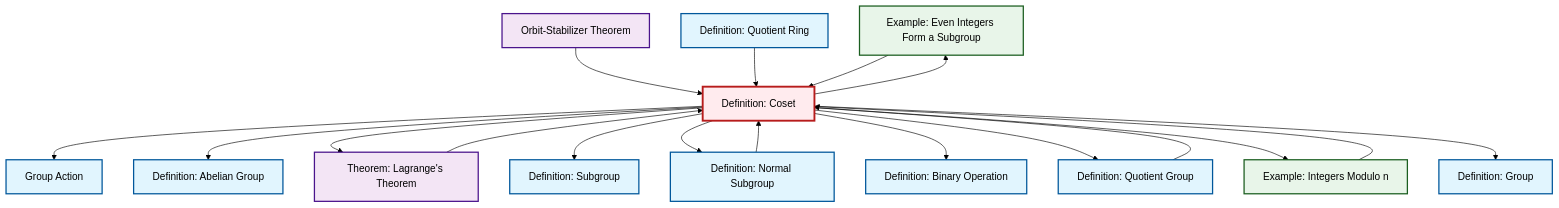
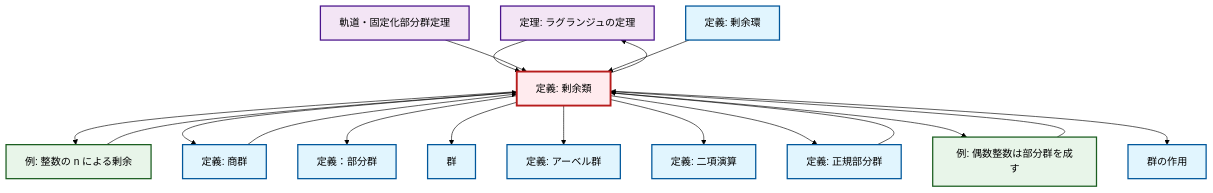
One commit to RK0429/ModernMath changed the diagram in content/ja/algebra/def-coset.qmd. Above: the diagram before and after it, drawn with Mermaid (forest theme). The commit also changed 1069 other files, not shown here.

````diff
--- a/content/ja/algebra/def-coset.qmd
+++ b/content/ja/algebra/def-coset.qmd
@@ -162,52 +162,52 @@
 ```{mermaid}
 %%| fig-cap: "Local dependency graph"
 graph TD
     classDef definition fill:#e1f5fe,stroke:#01579b,stroke-width:2px
     classDef theorem fill:#f3e5f5,stroke:#4a148c,stroke-width:2px
     classDef axiom fill:#fff3e0,stroke:#e65100,stroke-width:2px
     classDef example fill:#e8f5e9,stroke:#1b5e20,stroke-width:2px
     classDef current fill:#ffebee,stroke:#b71c1c,stroke-width:3px
-    ex-even-integers-subgroup["Example: Even Integers Form a Subgroup"]:::example
-    def-coset["Definition: Coset"]:::definition
-    def-quotient-ring["Definition: Quotient Ring"]:::definition
-    def-group["Definition: Group"]:::definition
-    thm-lagrange["Theorem: Lagrange's Theorem"]:::theorem
-    def-quotient-group["Definition: Quotient Group"]:::definition
-    def-subgroup["Definition: Subgroup"]:::definition
-    def-binary-operation["Definition: Binary Operation"]:::definition
-    thm-orbit-stabilizer["Orbit-Stabilizer Theorem"]:::theorem
-    def-normal-subgroup["Definition: Normal Subgroup"]:::definition
-    def-abelian-group["Definition: Abelian Group"]:::definition
-    def-group-action["Group Action"]:::definition
-    ex-quotient-integers-mod-n["Example: Integers Modulo n"]:::example
-    def-coset --> def-group-action
-    def-coset --> def-abelian-group
-    def-coset --> ex-even-integers-subgroup
-    def-coset --> thm-lagrange
-    def-coset --> def-subgroup
+    thm-lagrange["定理: ラグランジュの定理"]:::theorem
+    thm-orbit-stabilizer["軌道・固定化部分群定理"]:::theorem
+    def-normal-subgroup["定義: 正規部分群"]:::definition
+    def-binary-operation["定義: 二項演算"]:::definition
+    ex-even-integers-subgroup["例: 偶数整数は部分群を成す"]:::example
+    def-quotient-ring["定義: 剰余環"]:::definition
+    def-subgroup["定義：部分群"]:::definition
+    def-quotient-group["定義: 商群"]:::definition
+    def-abelian-group["定義: アーベル群"]:::definition
+    ex-quotient-integers-mod-n["例: 整数の n による剰余"]:::example
+    def-coset["定義: 剰余類"]:::definition
+    def-group-action["群の作用"]:::definition
+    def-group["群"]:::definition
+    def-coset --> ex-quotient-integers-mod-n
     thm-lagrange --> def-coset
     thm-orbit-stabilizer --> def-coset
+    def-coset --> def-quotient-group
+    ex-even-integers-subgroup --> def-coset
+    ex-quotient-integers-mod-n --> def-coset
+    def-coset --> def-subgroup
+    def-coset --> thm-lagrange
+    def-coset --> def-group
+    def-quotient-ring --> def-coset
+    def-coset --> def-abelian-group
+    def-coset --> def-binary-operation
     def-quotient-group --> def-coset
     def-coset --> def-normal-subgroup
-    def-quotient-ring --> def-coset
+    def-coset --> ex-even-integers-subgroup
     def-normal-subgroup --> def-coset
-    def-coset --> def-binary-operation
-    ex-even-integers-subgroup --> def-coset
-    def-coset --> def-quotient-group
-    def-coset --> ex-quotient-integers-mod-n
-    def-coset --> def-group
-    ex-quotient-integers-mod-n --> def-coset
+    def-coset --> def-group-action
     class def-coset current
-    click ex-even-integers-subgroup "ex-even-integers-subgroup.html" "Example: Even Integers Form a Subgroupへ"
-    click def-quotient-ring "def-quotient-ring.html" "Definition: Quotient Ringへ"
-    click def-group "def-group.html" "Definition: Groupへ"
-    click thm-lagrange "thm-lagrange.html" "Theorem: Lagrange's Theoremへ"
-    click def-quotient-group "def-quotient-group.html" "Definition: Quotient Groupへ"
-    click def-subgroup "def-subgroup.html" "Definition: Subgroupへ"
-    click def-binary-operation "def-binary-operation.html" "Definition: Binary Operationへ"
-    click thm-orbit-stabilizer "thm-orbit-stabilizer.html" "Orbit-Stabilizer Theoremへ"
-    click def-normal-subgroup "def-normal-subgroup.html" "Definition: Normal Subgroupへ"
-    click def-abelian-group "def-abelian-group.html" "Definition: Abelian Groupへ"
-    click def-group-action "def-group-action.html" "Group Actionへ"
-    click ex-quotient-integers-mod-n "ex-quotient-integers-mod-n.html" "Example: Integers Modulo nへ"
+    click thm-lagrange "thm-lagrange.html" "ラグランジュの定理の定理へ"
+    click thm-orbit-stabilizer "thm-orbit-stabilizer.html" "軌道・固定化部分群定理へ"
+    click def-normal-subgroup "def-normal-subgroup.html" "正規部分群の定義へ"
+    click def-binary-operation "def-binary-operation.html" "二項演算の定義へ"
+    click ex-even-integers-subgroup "ex-even-integers-subgroup.html" "偶数整数は部分群を成すの例へ"
+    click def-quotient-ring "def-quotient-ring.html" "剰余環の定義へ"
+    click def-subgroup "def-subgroup.html" "定義：部分群へ"
+    click def-quotient-group "def-quotient-group.html" "商群の定義へ"
+    click def-abelian-group "def-abelian-group.html" "アーベル群の定義へ"
+    click ex-quotient-integers-mod-n "ex-quotient-integers-mod-n.html" "整数の n による剰余の例へ"
+    click def-group-action "def-group-action.html" "群の作用へ"
+    click def-group "def-group.html" "群へ"
 ```
````
